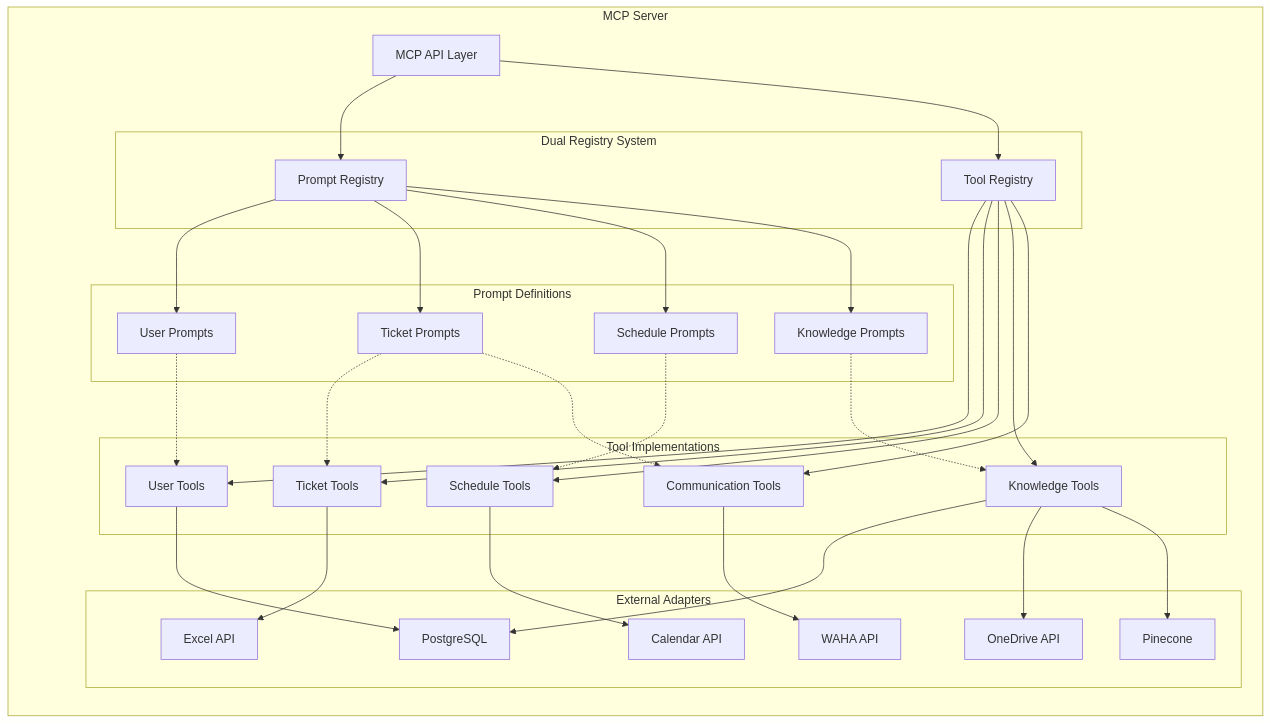
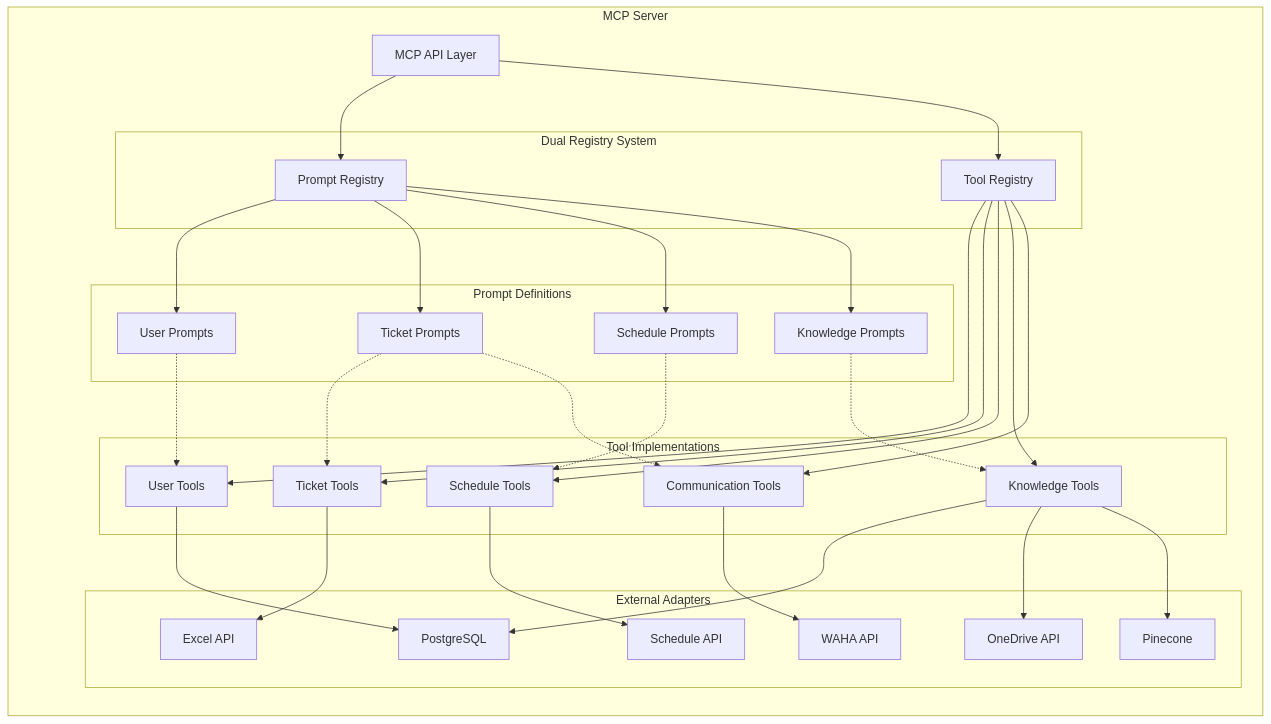
The third of 9 diagrams in readme.md (mcholismalik/aiva-eng-spec), drawn with Mermaid before and after one commit. The commit also changed other lines of this file, not shown here.

````diff
--- a/readme.md
+++ b/readme.md
@@ -346,63 +345,63 @@
 ```mermaid
 graph LR
     subgraph "MCP Server"
         API[MCP API Layer]
         
         subgraph "Dual Registry System"
             PR[Prompt Registry]
             TR[Tool Registry]
         end
         
         subgraph "Prompt Definitions"
             UP[User Prompts]
             TP[Ticket Prompts]
             SP[Schedule Prompts]
             KP[Knowledge Prompts]
         end
         
         subgraph "Tool Implementations"
             UT[User Tools]
             TT[Ticket Tools]
-            ST[Schedule Tools]
+            SCT[Schedule Tools]
             KT[Knowledge Tools]
             CT[Communication Tools]
         end
         
         subgraph "External Adapters"
             PGA[PostgreSQL]
             EXLA[Excel API]
-            CALA[Calendar API]
+            CALA[Schedule API]
             ODA[OneDrive API]
             WAHAA[WAHA API]
             PINE[Pinecone]
         end
     end
     
     API --> PR
     API --> TR
     
     PR --> UP
     PR --> TP
     PR --> SP
     PR --> KP
     
     TR --> UT
     TR --> TT
-    TR --> ST
+    TR --> SCT
     TR --> KT
     TR --> CT
     
     UP -.-> UT
     TP -.-> TT
     TP -.-> CT
-    SP -.-> ST
+    SP -.-> SCT
     KP -.-> KT
     
     UT --> PGA
     TT --> EXLA
-    ST --> CALA
+    SCT --> CALA
     KT --> PGA
     KT --> ODA
     KT --> PINE
     CT --> WAHAA
 ```
````
